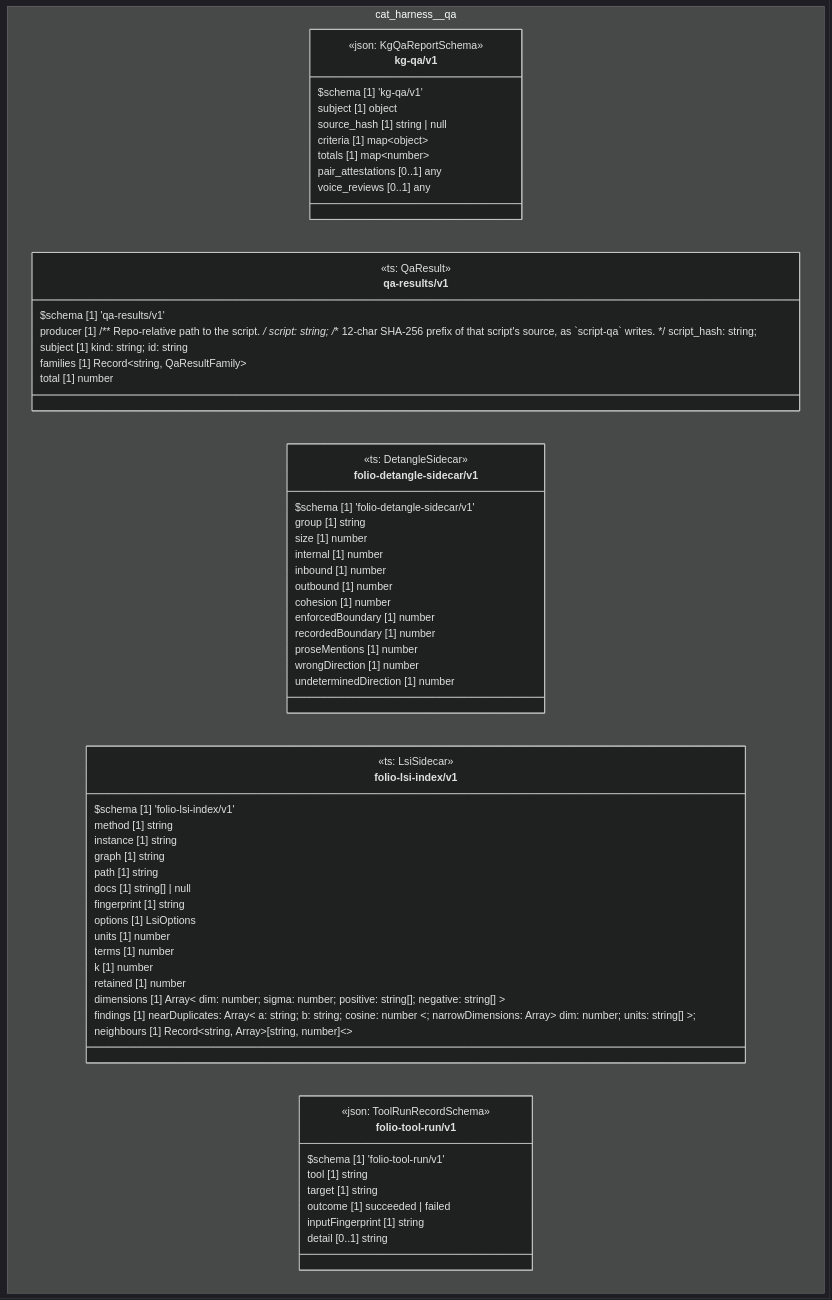
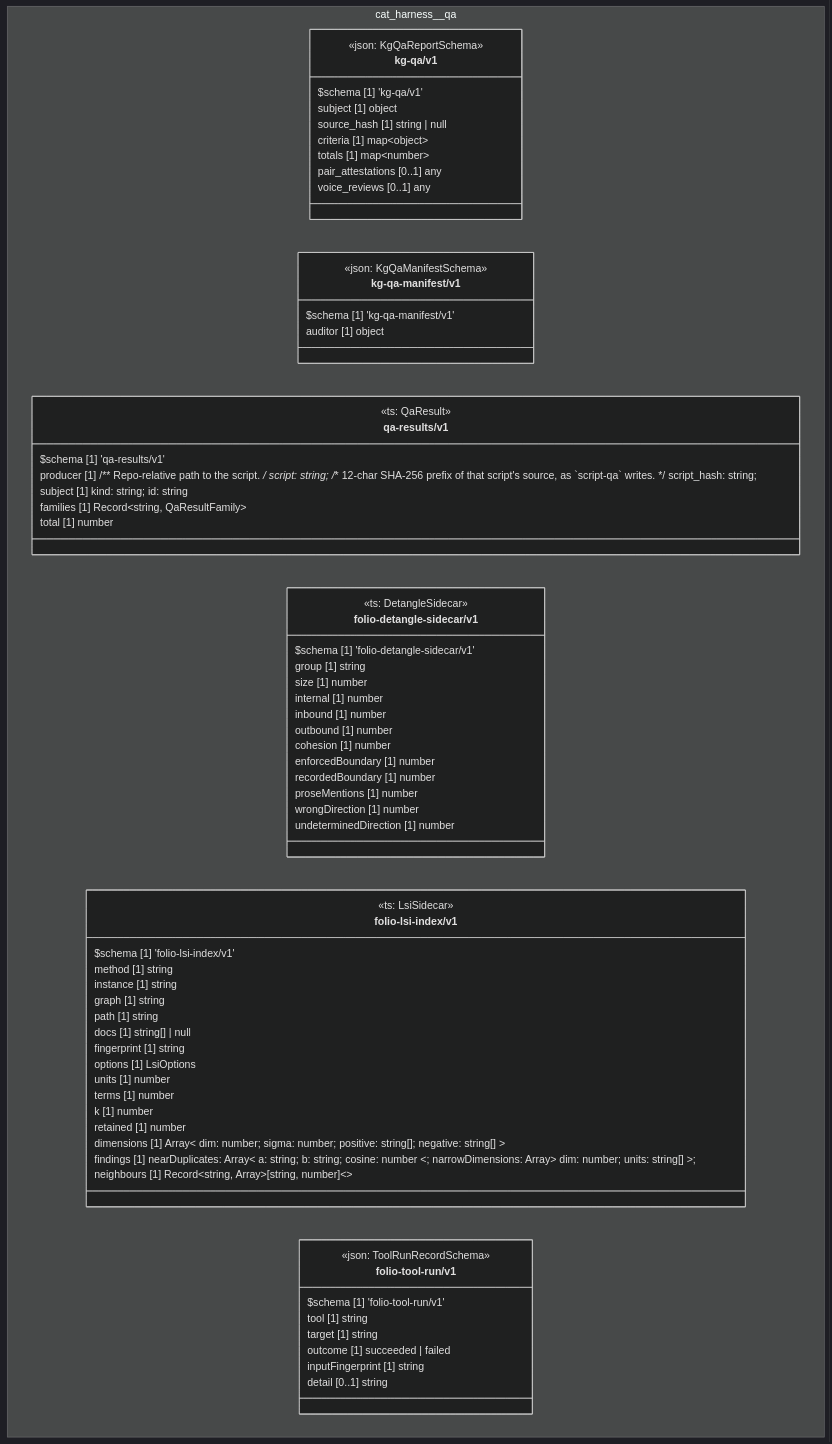
One commit to litlfred/folio-assistant changed the diagram in cat-harness/docs/uml/overview/cat-harness/qa.md. Above: the diagram before and after it, drawn with Mermaid (dark theme). The commit also changed other lines of this file and 29 other files, not shown here.

````diff
--- a/cat-harness/docs/uml/overview/cat-harness/qa.md
+++ b/cat-harness/docs/uml/overview/cat-harness/qa.md
@@ -42,71 +42,77 @@
 ```mermaid
 classDiagram
   direction TB
   namespace cat_harness__qa {
     class cat_harness_qa_kg_qa_v1_kg_qa_v1["kg-qa/v1"] {
       <<json: KgQaReportSchema>>
       $schema [1] 'kg-qa/v1'
       subject [1] object
       source_hash [1] string | null
       criteria [1] map~object~
       totals [1] map~number~
       pair_attestations [0..1] any
       voice_reviews [0..1] any
+    }
+    class cat_harness_qa_kg_qa_manifest_v1_kg_qa_manifest_v1["kg-qa-manifest/v1"] {
+      <<json: KgQaManifestSchema>>
+      $schema [1] 'kg-qa-manifest/v1'
+      auditor [1] object
     }
     class cat_harness_qa_qa_results_v1["qa-results/v1"] {
       <<ts: QaResult>>
       $schema [1] 'qa-results/v1'
       producer [1]  /** Repo-relative path to the script. */ script: string; /** 12-char SHA-256 prefix of that script's source, as `script-qa` writes. */ script_hash: string; 
       subject [1]  kind: string; id: string 
       families [1] Record~string, QaResultFamily~
       total [1] number
     }
     class cat_harness_qa_folio_detangle_sidecar_v1["folio-detangle-sidecar/v1"] {
       <<ts: DetangleSidecar>>
       $schema [1] 'folio-detangle-sidecar/v1'
       group [1] string
       size [1] number
       internal [1] number
       inbound [1] number
       outbound [1] number
       cohesion [1] number
       enforcedBoundary [1] number
       recordedBoundary [1] number
       proseMentions [1] number
       wrongDirection [1] number
       undeterminedDirection [1] number
     }
     class cat_harness_qa_folio_lsi_index_v1["folio-lsi-index/v1"] {
       <<ts: LsiSidecar>>
       $schema [1] 'folio-lsi-index/v1'
       method [1] string
       instance [1] string
       graph [1] string
       path [1] string
       docs [1] string[] | null
       fingerprint [1] string
       options [1] LsiOptions
       units [1] number
       terms [1] number
       k [1] number
       retained [1] number
       dimensions [1] Array~ dim: number; sigma: number; positive: string[]; negative: string[] ~
       findings [1]  nearDuplicates: Array~ a: string; b: string; cosine: number ~; narrowDimensions: Array~ dim: number; units: string[] ~; 
       neighbours [1] Record~string, Array~[string, number]~~
     }
     class cat_harness_qa_folio_tool_run_v1_folio_tool_run_v1["folio-tool-run/v1"] {
       <<json: ToolRunRecordSchema>>
       $schema [1] 'folio-tool-run/v1'
       tool [1] string
       target [1] string
       outcome [1] succeeded | failed
       inputFingerprint [1] string
       detail [0..1] string
     }
   }
   cssClass "cat_harness_qa_kg_qa_v1_kg_qa_v1" fa_uml_kind_qa
+  cssClass "cat_harness_qa_kg_qa_manifest_v1_kg_qa_manifest_v1" fa_uml_kind_qa
   cssClass "cat_harness_qa_qa_results_v1" fa_uml_kind_qa
   cssClass "cat_harness_qa_folio_detangle_sidecar_v1" fa_uml_kind_qa
   cssClass "cat_harness_qa_folio_lsi_index_v1" fa_uml_kind_qa
   cssClass "cat_harness_qa_folio_tool_run_v1_folio_tool_run_v1" fa_uml_kind_qa
 ```
````
